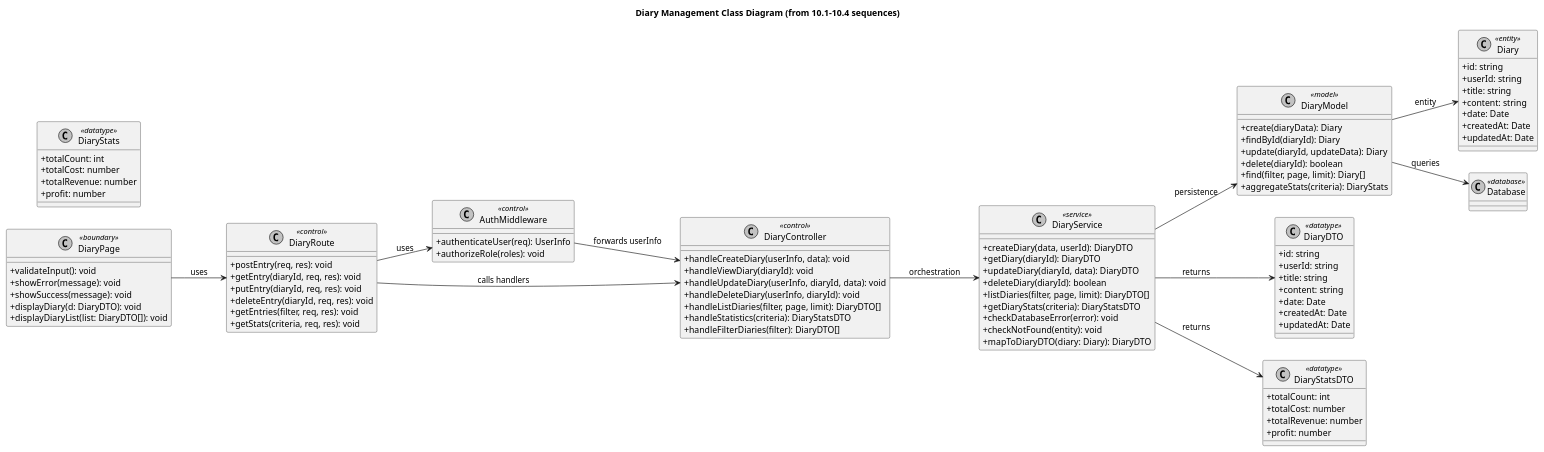
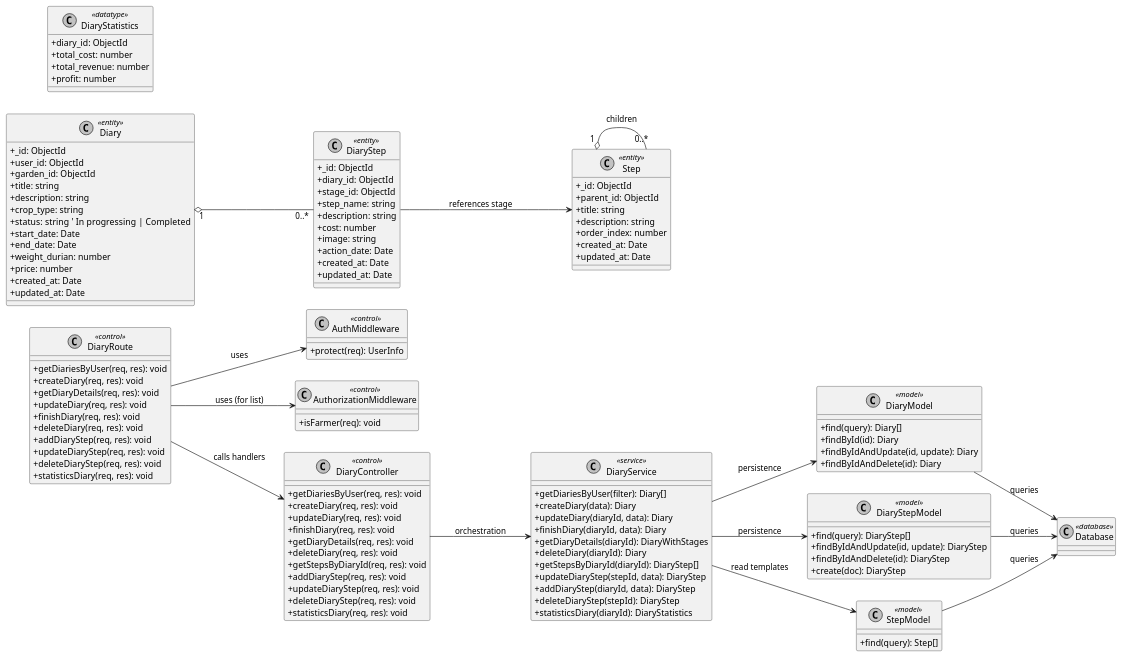
One commit to VietDurian/VietDurian changed the diagram in planuml/classdiagram/DiaryManagement.puml. Above: the diagram before and after it, drawn with PlantUML. The commit also changed 15 other files, not shown here.

Commit message:
ViVLT:Add classDiagram

```diff
--- a/planuml/classdiagram/DiaryManagement.puml
+++ b/planuml/classdiagram/DiaryManagement.puml
@@ -1,109 +1,147 @@
 @startuml DiaryManagement
 skinparam monochrome true
 skinparam shadowing false
 skinparam classAttributeIconSize 0
 left to right direction
 
-title Diary Management Class Diagram (from 10.1–10.4 sequences)
 
-class DiaryPage <<boundary>> {
-  +validateInput(): void
-  +showError(message): void
-  +showSuccess(message): void
-  +displayDiary(d: DiaryDTO): void
-  +displayDiaryList(list: DiaryDTO[]): void
-}
-
+' ===== Routes & Middleware =====
 class DiaryRoute <<control>> {
-  +postEntry(req, res): void
-  +getEntry(diaryId, req, res): void
-  +putEntry(diaryId, req, res): void
-  +deleteEntry(diaryId, req, res): void
-  +getEntries(filter, req, res): void
-  +getStats(criteria, req, res): void
+  +getDiariesByUser(req, res): void
+  +createDiary(req, res): void
+  +getDiaryDetails(req, res): void
+  +updateDiary(req, res): void
+  +finishDiary(req, res): void
+  +deleteDiary(req, res): void
+  +addDiaryStep(req, res): void
+  +updateDiaryStep(req, res): void
+  +deleteDiaryStep(req, res): void
+  +statisticsDiary(req, res): void
 }
 
 class AuthMiddleware <<control>> {
-  +authenticateUser(req): UserInfo
-  +authorizeRole(roles): void
+  +protect(req): UserInfo
 }
 
-class DiaryController <<control>> {
-  +handleCreateDiary(userInfo, data): void
-  +handleViewDiary(diaryId): void
-  +handleUpdateDiary(userInfo, diaryId, data): void
-  +handleDeleteDiary(userInfo, diaryId): void
-  +handleListDiaries(filter, page, limit): DiaryDTO[]
-  +handleStatistics(criteria): DiaryStatsDTO
-  +handleFilterDiaries(filter): DiaryDTO[]
+class AuthorizationMiddleware <<control>> {
+  +isFarmer(req): void
 }
 
-class DiaryService <<service>> {
-  +createDiary(data, userId): DiaryDTO
-  +getDiary(diaryId): DiaryDTO
-  +updateDiary(diaryId, data): DiaryDTO
-  +deleteDiary(diaryId): boolean
-  +listDiaries(filter, page, limit): DiaryDTO[]
-  +getDiaryStats(criteria): DiaryStatsDTO
-  +checkDatabaseError(error): void
-  +checkNotFound(entity): void
-  +mapToDiaryDTO(diary: Diary): DiaryDTO
+' ===== Controllers =====
+class DiaryController <<control>> {
+  +getDiariesByUser(req, res): void
+  +createDiary(req, res): void
+  +updateDiary(req, res): void
+  +finishDiary(req, res): void
+  +getDiaryDetails(req, res): void
+  +deleteDiary(req, res): void
+  +getStepsByDiaryId(req, res): void
+  +addDiaryStep(req, res): void
+  +updateDiaryStep(req, res): void
+  +deleteDiaryStep(req, res): void
+  +statisticsDiary(req, res): void
 }
 
-class DiaryModel <<model>> {
-  +create(diaryData): Diary
-  +findById(diaryId): Diary
-  +update(diaryId, updateData): Diary
-  +delete(diaryId): boolean
-  +find(filter, page, limit): Diary[]
-  +aggregateStats(criteria): DiaryStats
+' ===== Services =====
+class DiaryService <<service>> {
+  +getDiariesByUser(filter): Diary[]
+  +createDiary(data): Diary
+  +updateDiary(diaryId, data): Diary
+  +finishDiary(diaryId, data): Diary
+  +getDiaryDetails(diaryId): DiaryWithStages
+  +deleteDiary(diaryId): Diary
+  +getStepsByDiaryId(diaryId): DiaryStep[]
+  +updateDiaryStep(stepId, data): DiaryStep
+  +addDiaryStep(diaryId, data): DiaryStep
+  +deleteDiaryStep(stepId): DiaryStep
+  +statisticsDiary(diaryId): DiaryStatistics
 }
 
-class Diary <<entity>> {
-  +id: string
-  +userId: string
-  +title: string
-  +content: string
-  +date: Date
-  +createdAt: Date
-  +updatedAt: Date
+' ===== Models =====
+class DiaryModel <<model>> {
+  +find(query): Diary[]
+  +findById(id): Diary
+  +findByIdAndUpdate(id, update): Diary
+  +findByIdAndDelete(id): Diary
 }
 
-class DiaryDTO <<datatype>> {
-  +id: string
-  +userId: string
-  +title: string
-  +content: string
-  +date: Date
-  +createdAt: Date
-  +updatedAt: Date
+class DiaryStepModel <<model>> {
+  +find(query): DiaryStep[]
+  +findByIdAndUpdate(id, update): DiaryStep
+  +findByIdAndDelete(id): DiaryStep
+  +create(doc): DiaryStep
 }
 
-class DiaryStats <<datatype>> {
-  +totalCount: int
-  +totalCost: number
-  +totalRevenue: number
-  +profit: number
+class StepModel <<model>> {
+  +find(query): Step[]
 }
 
-class DiaryStatsDTO <<datatype>> {
-  +totalCount: int
-  +totalCost: number
-  +totalRevenue: number
+' ===== Entities =====
+class Diary <<entity>> {
+  +_id: ObjectId
+  +user_id: ObjectId
+  +garden_id: ObjectId
+  +title: string
+  +description: string
+  +crop_type: string
+  +status: string  ' In progressing | Completed
+  +start_date: Date
+  +end_date: Date
+  +weight_durian: number
+  +price: number
+  +created_at: Date
+  +updated_at: Date
+}
+
+class DiaryStep <<entity>> {
+  +_id: ObjectId
+  +diary_id: ObjectId
+  +stage_id: ObjectId
+  +step_name: string
+  +description: string
+  +cost: number
+  +image: string
+  +action_date: Date
+  +created_at: Date
+  +updated_at: Date
+}
+
+class Step <<entity>> {
+  +_id: ObjectId
+  +parent_id: ObjectId
+  +title: string
+  +description: string
+  +order_index: number
+  +created_at: Date
+  +updated_at: Date
+}
+
+class DiaryStatistics <<datatype>> {
+  +diary_id: ObjectId
+  +total_cost: number
+  +total_revenue: number
   +profit: number
 }
 
 class Database <<database>>
 
-DiaryPage --> DiaryRoute : uses
+' ===== Relationships =====
 DiaryRoute --> AuthMiddleware : uses
-AuthMiddleware --> DiaryController : forwards userInfo
+DiaryRoute --> AuthorizationMiddleware : uses (for list)
 DiaryRoute --> DiaryController : calls handlers
+
 DiaryController --> DiaryService : orchestration
+
 DiaryService --> DiaryModel : persistence
+DiaryService --> DiaryStepModel : persistence
+DiaryService --> StepModel : read templates
+
 DiaryModel --> Database : queries
-DiaryService --> DiaryDTO : returns
-DiaryService --> DiaryStatsDTO : returns
-DiaryModel --> Diary : entity
+DiaryStepModel --> Database : queries
+StepModel --> Database : queries
+
+Diary "1" o-- "0..*" DiaryStep
+Step "1" o-- "0..*" Step : children
+DiaryStep --> Step : references stage
 
 @enduml
```
